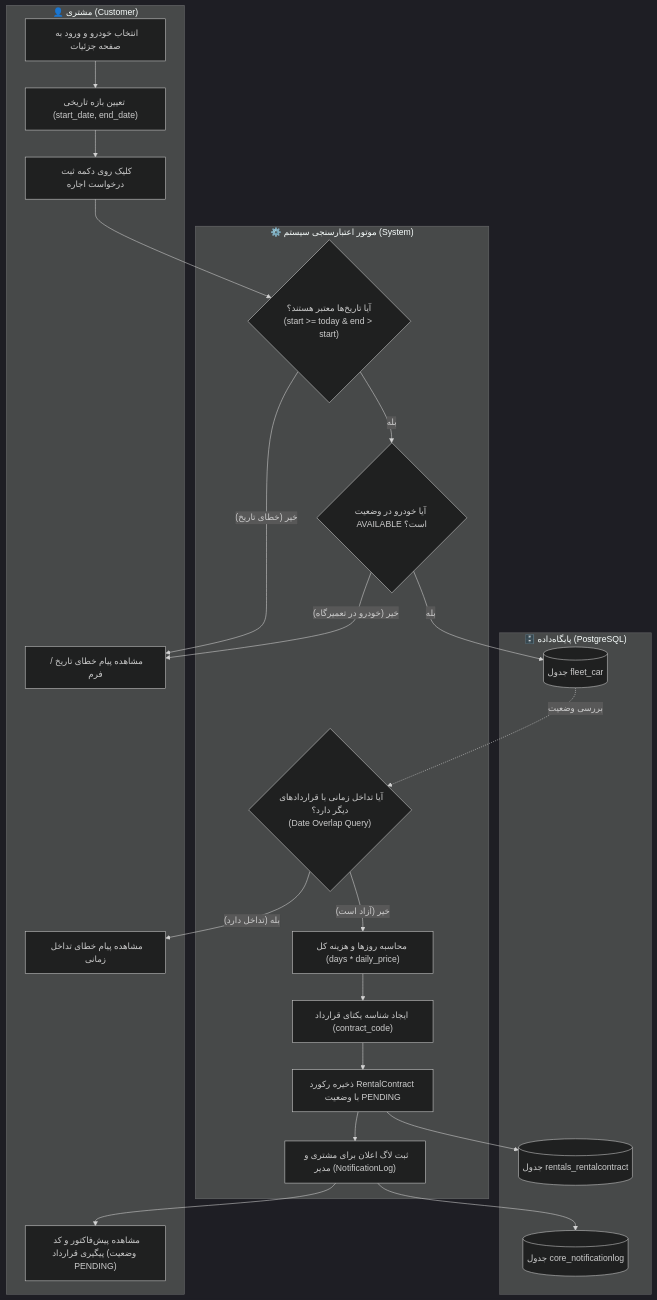
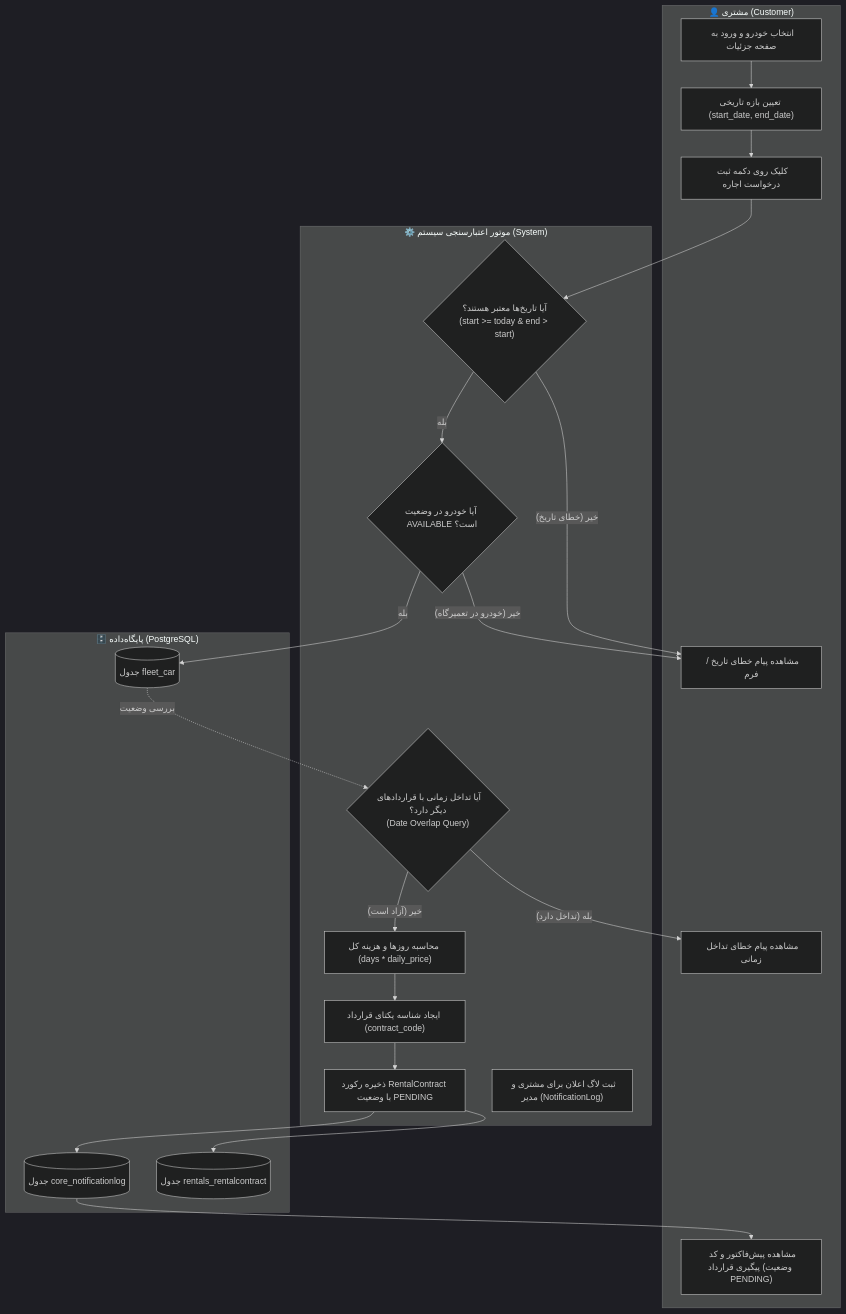
Before and after one commit to SoroushHamedi-Net/django-car-rental-project: the first of 4 diagrams in docs/PROCESS_DIAGRAMS.md, drawn with Mermaid (dark theme). The commit also changed other lines of this file and 9 other files, not shown here.

First line of the commit message:
docs(diagrams): fix Persian font rendering in process diagrams

````diff
--- a/docs/PROCESS_DIAGRAMS.md
+++ b/docs/PROCESS_DIAGRAMS.md
@@ -40,41 +43,40 @@
 ```mermaid
 flowchart TD
     subgraph Customer ["👤 مشتری (Customer)"]
         A1["انتخاب خودرو و ورود به صفحه جزئیات"] --> A2["تعیین بازه تاریخی (start_date, end_date)"]
         A2 --> A3["کلیک روی دکمه ثبت درخواست اجاره"]
         A8["مشاهده پیام خطای تاریخ / فرم"]
         A9["مشاهده پیام خطای تداخل زمانی"]
         A10["مشاهده پیش‌فاکتور و کد پیگیری قرارداد (وضعیت PENDING)"]
     end
 
     subgraph System ["⚙️ موتور اعتبارسنجی سیستم (System)"]
         B1{"آیا تاریخ‌ها معتبر هستند؟<br/>(start >= today & end > start)"}
         B2{"آیا خودرو در وضعیت AVAILABLE است؟"}
         B3{"آیا تداخل زمانی با قراردادهای دیگر دارد؟<br/>(Date Overlap Query)"}
         B4["محاسبه روزها و هزینه کل (days * daily_price)"]
         B5["ایجاد شناسه یکتای قرارداد (contract_code)"]
         B6["ذخیره رکورد RentalContract با وضعیت PENDING"]
         B7["ثبت لاگ اعلان برای مشتری و مدیر (NotificationLog)"]
     end
 
     subgraph Database ["🗄️ پایگاه‌داده (PostgreSQL)"]
         DB1[("جدول fleet_car")]
         DB2[("جدول rentals_rentalcontract")]
         DB3[("جدول core_notificationlog")]
     end
 
     A3 --> B1
     B1 -- "خیر (خطای تاریخ)" --> A8
     B1 -- "بله" --> B2
     B2 -- "خیر (خودرو در تعمیرگاه)" --> A8
     B2 -- "بله" --> DB1
     DB1 -. بررسی وضعیت .-> B3
     B3 -- "بله (تداخل دارد)" --> A9
     B3 -- "خیر (آزاد است)" --> B4
     B4 --> B5
     B5 --> B6
     B6 --> DB2
-    B6 --> B7
-    B7 --> DB3
-    B7 --> A10
+    B6 --> DB3
+    DB3 --> A10
 ```
````
